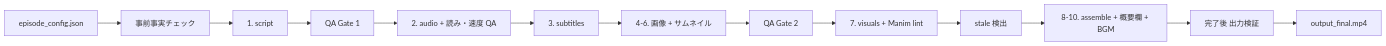
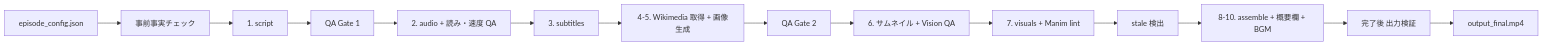
Before and after one commit to sugakushiki/sugakushiki-pipeline: the diagram in README.md, drawn with Mermaid. The commit also changed 3 other files, not shown here.

````diff
--- a/README.md
+++ b/README.md
@@ -13,10 +13,11 @@
 ```mermaid
 flowchart LR
     Config[episode_config.json] --> Pre[事前事実チェック]
     Pre --> Script[1. script] --> QA1[QA Gate 1]
     QA1 --> Audio[2. audio + 読み・速度 QA] --> Sub[3. subtitles]
-    Sub --> Assets[4-6. 画像 + サムネイル] --> QA2[QA Gate 2]
-    QA2 --> Visual[7. visuals + Manim lint] --> Stale[stale 検出]
+    Sub --> Images[4-5. Wikimedia 取得 + 画像生成] --> QA2[QA Gate 2]
+    QA2 --> Thumb[6. サムネイル + Vision QA]
+    Thumb --> Visual[7. visuals + Manim lint] --> Stale[stale 検出]
     Stale --> Assemble[8-10. assemble + 概要欄 + BGM]
     Assemble --> Verify[完了後 出力検証] --> Final[output_final.mp4]
 ```
````
